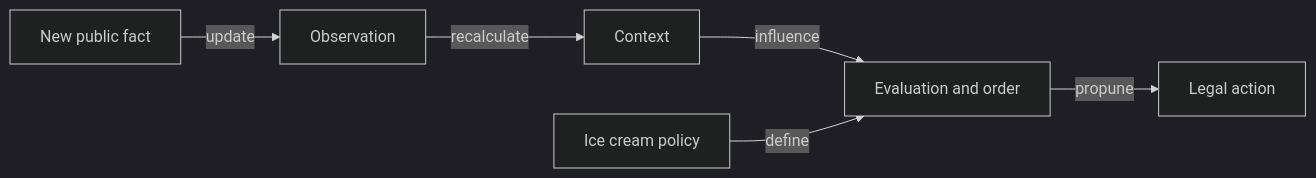
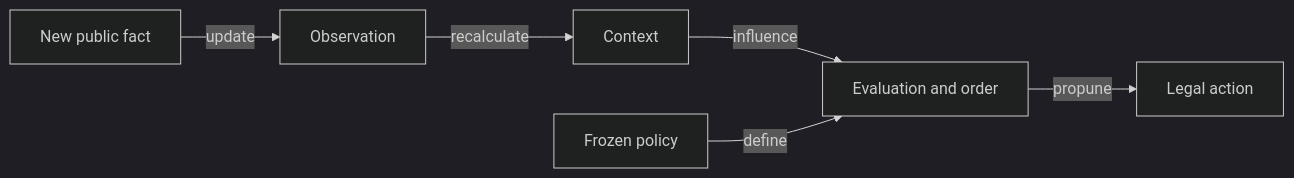
One commit to crististefanita/atf_j4 changed the second of 2 diagrams in docs/ai/ATF_RulesConfiguration.md. Above: the diagram before and after it, drawn with Mermaid (dark theme). The commit also changed other lines of this file and 84 other files, not shown here.

````diff
--- a/docs/ai/ATF_RulesConfiguration.md
+++ b/docs/ai/ATF_RulesConfiguration.md
@@ -72,8 +72,8 @@
 ```mermaid
 flowchart LR
     PUBLIC[New public fact] -->|update| OBS[Observation]
     OBS -->|recalculate| FEATURES[Context]
     FEATURES -->|influence| ORDER[Evaluation and order]
-    PARAM[Ice cream policy] -->|define| ORDER
+    PARAM[Frozen policy] -->|define| ORDER
     ORDER -->|propune| ACTION[Legal action]
 ```
````
